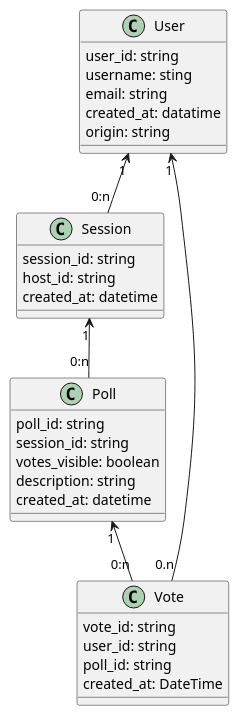
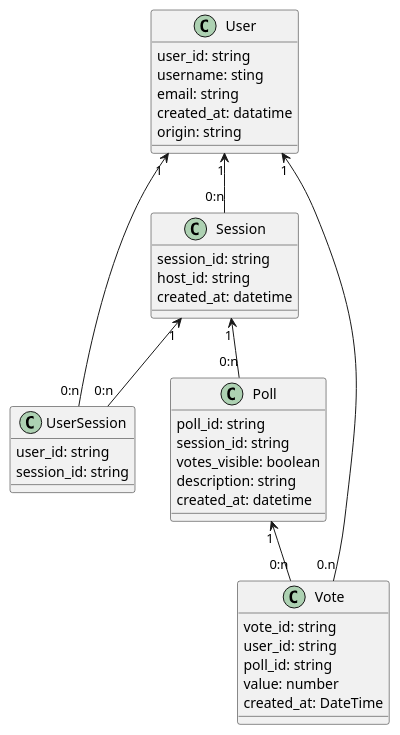
One commit to Idicious/planning-poker-frenzy changed the diagram in docs/datamodel.puml. Above: the diagram before and after it, drawn with PlantUML. The commit also changed 1 other file, not shown here.

```diff
--- a/docs/datamodel.puml
+++ b/docs/datamodel.puml
@@ -1,36 +1,44 @@
 @startuml "planning model"
 class User {
     user_id: string
     username: sting
     email: string
     created_at: datatime
     origin: string
 }
 
 class Session {
     session_id: string
     host_id: string
     created_at: datetime
 }
 
+class UserSession {
+    user_id: string
+    session_id: string
+}
+
 class Poll {
     poll_id: string
     session_id: string
     votes_visible: boolean
     description: string
     created_at: datetime
 }
 
 class Vote {
     vote_id: string
     user_id: string
     poll_id: string
+    value: number
     created_at: DateTime
 }
 
+User "1" <-- "0:n" UserSession
+Session "1" <-- "0:n" UserSession
 User "1" <-- "0:n" Session
 Session "1" <-- "0:n" Poll
 Poll "1" <-- "0:n" Vote 
 Vote "0.n" --> "1" User
 
 @enduml
```
